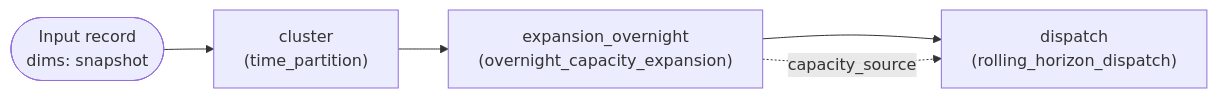
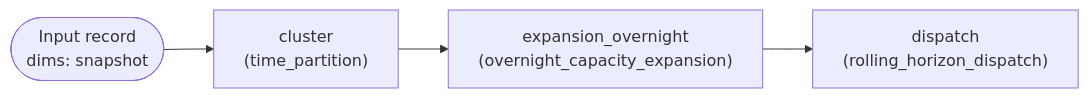
Before and after one commit to manta-plan/manta: the diagram in docs/explanation/blocks-and-playbooks.md, drawn with Mermaid. The commit also changed other lines of this file and 1 other file, not shown here.

Commit message:
Remove ref to `capacity_source`; fix test

````diff
--- a/docs/explanation/blocks-and-playbooks.md
+++ b/docs/explanation/blocks-and-playbooks.md
@@ -101,7 +101,6 @@
 ```mermaid
 flowchart LR
     initial(["Input record<br/>dims: snapshot"]) --> cluster["cluster<br/>(time_partition)"]
     cluster --> expansion["expansion_overnight<br/>(overnight_capacity_expansion)"]
     expansion --> dispatch["dispatch<br/>(rolling_horizon_dispatch)"]
-    expansion -. "capacity_source" .-> dispatch
 ```
````
